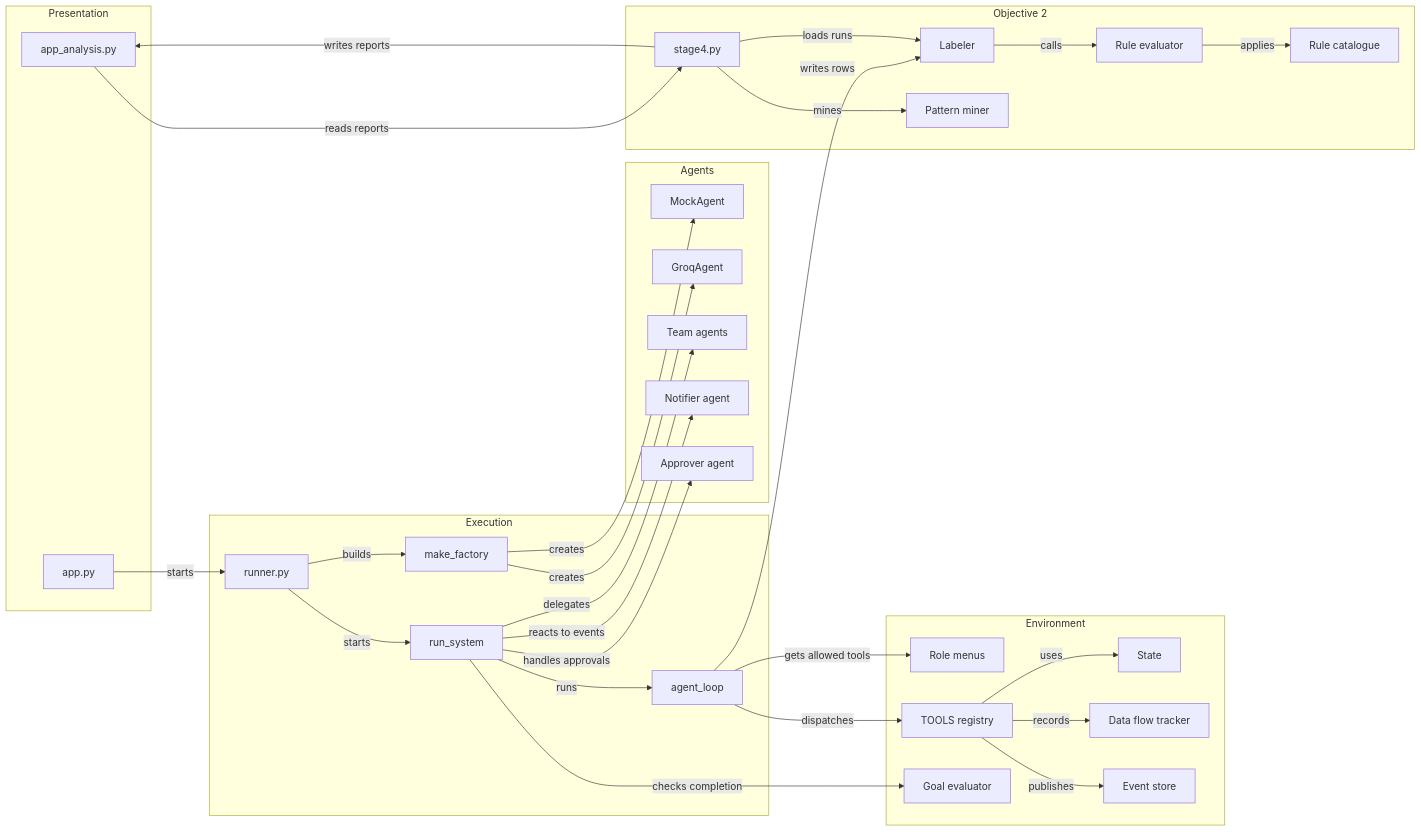
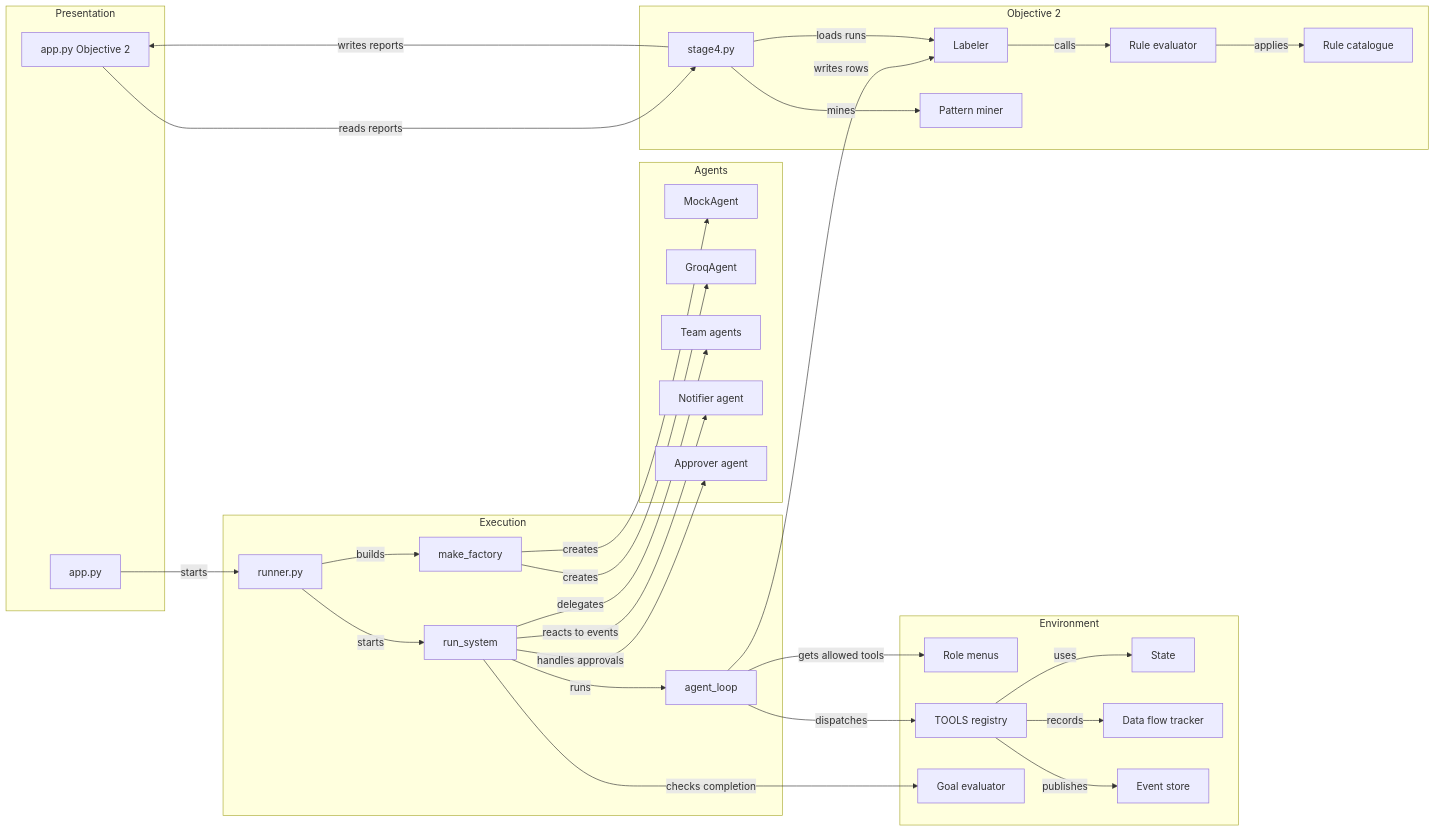
Before and after one commit to Govardhan18vk/Major-Project: the second of 2 diagrams in .github/modernize/assessment/engines/facts/architecture-diagram.md, drawn with Mermaid. The commit also changed other lines of this file and 5 other files, not shown here.

```diff
--- a/.github/modernize/assessment/engines/facts/architecture-diagram.md
+++ b/.github/modernize/assessment/engines/facts/architecture-diagram.md
@@ -93,58 +93,58 @@
 ~~~mermaid
 flowchart LR
     subgraph cPresentation["Presentation"]
         cRunUI["app.py"]
-        cAnalysisUI["app_analysis.py"]
+        cAnalysisUI["app.py Objective 2"]
     end
     subgraph cExecution["Execution"]
         cRunner["runner.py"]
         cLoop["agent_loop"]
         cFactory["make_factory"]
         cSystem["run_system"]
     end
     subgraph cAgents["Agents"]
         cMock["MockAgent"]
         cGroq["GroqAgent"]
         cTeam["Team agents"]
         cNotifier["Notifier agent"]
         cApprover["Approver agent"]
     end
     subgraph cEnvironment["Environment"]
         cMenus["Role menus"]
         cRegistry["TOOLS registry"]
         cState["State"]
         cFlows["Data flow tracker"]
         cEvents["Event store"]
         cGoals["Goal evaluator"]
     end
     subgraph cEvaluation["Objective 2"]
         cRules["Rule catalogue"]
         cEvaluate["Rule evaluator"]
         cLabel["Labeler"]
         cStage["stage4.py"]
         cPattern["Pattern miner"]
     end
 
     cRunUI -->|"starts"| cRunner
     cAnalysisUI -->|"reads reports"| cStage
     cRunner -->|"builds"| cFactory
     cRunner -->|"starts"| cSystem
     cSystem -->|"runs"| cLoop
     cFactory -->|"creates"| cMock
     cFactory -->|"creates"| cGroq
     cSystem -->|"delegates"| cTeam
     cSystem -->|"reacts to events"| cNotifier
     cSystem -->|"handles approvals"| cApprover
     cLoop -->|"gets allowed tools"| cMenus
     cLoop -->|"dispatches"| cRegistry
     cRegistry -->|"uses"| cState
     cRegistry -->|"records"| cFlows
     cRegistry -->|"publishes"| cEvents
     cSystem -->|"checks completion"| cGoals
     cLoop -->|"writes rows"| cLabel
     cLabel -->|"calls"| cEvaluate
     cEvaluate -->|"applies"| cRules
     cStage -->|"loads runs"| cLabel
     cStage -->|"mines"| cPattern
     cStage -->|"writes reports"| cAnalysisUI
 ~~~
```
